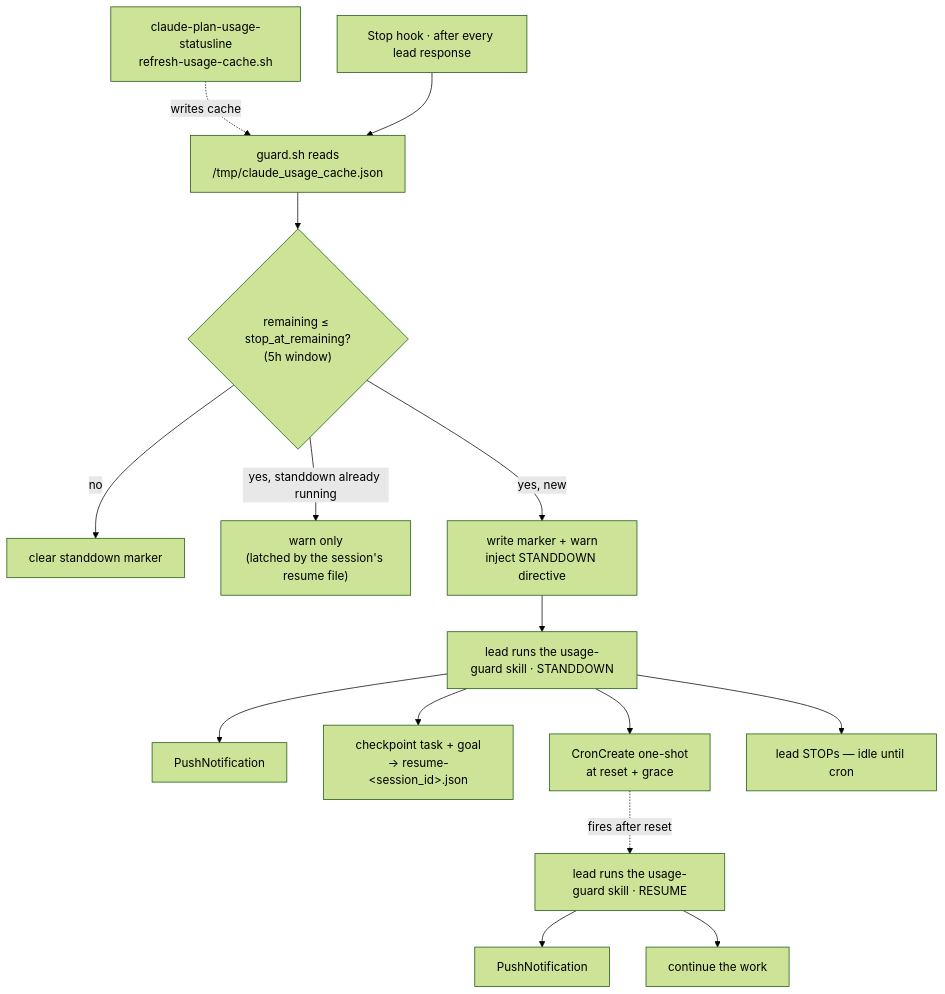
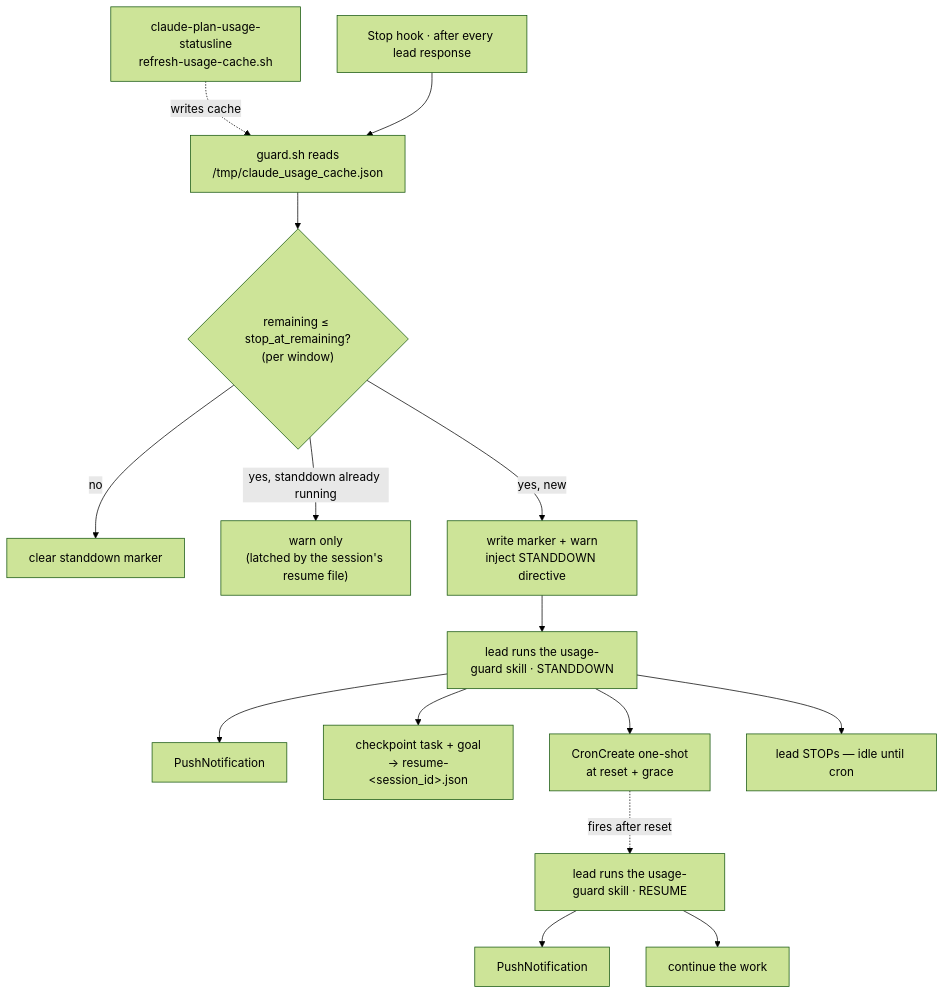
Before and after one commit to romacv/claude-usage-guard: the diagram in README.md, drawn with Mermaid (forest theme). The commit also changed other lines of this file and 2 other files, not shown here.

Commit message:
Stop at 13% on the 5-hour window and 7% on the weekly one by default

````diff
--- a/README.md
+++ b/README.md
@@ -24,19 +24,19 @@
 ```mermaid
 flowchart TD
     P["claude-plan-usage-statusline<br/>refresh-usage-cache.sh"] -. writes cache .-> B
     A["Stop hook · after every lead response"] --> B["guard.sh reads<br/>/tmp/claude_usage_cache.json"]
-    B --> C{"remaining ≤ stop_at_remaining?<br/>(5h window)"}
+    B --> C{"remaining ≤ stop_at_remaining?<br/>(per window)"}
     C -->|no| E["clear standdown marker"]
     C -->|yes, standdown already running| W["warn only<br/>(latched by the session's resume file)"]
     C -->|yes, new| F["write marker + warn<br/>inject STANDDOWN directive"]
 
     F --> G["lead runs the usage-guard skill · STANDDOWN"]
     G --> N1["PushNotification"]
     G --> R["checkpoint task + goal<br/>→ resume-&lt;session_id&gt;.json"]
     G --> K["CronCreate one-shot<br/>at reset + grace"]
     G --> S["lead STOPs — idle until cron"]
 
     K -.fires after reset.-> Z["lead runs the usage-guard skill · RESUME"]
     Z --> N2["PushNotification"]
     Z --> CO["continue the work"]
 ```
````
